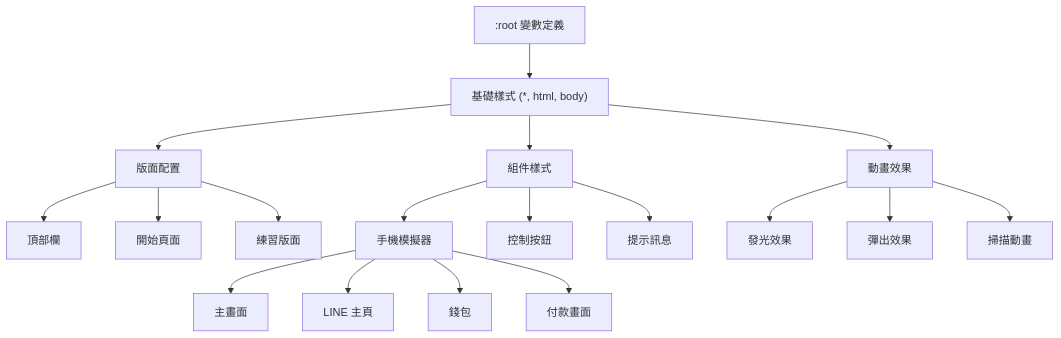
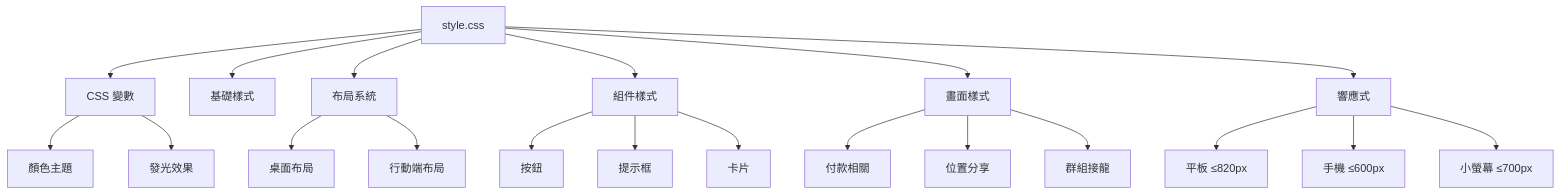
The first of 19 diagrams in style.md (cuteman0725/phone-practice), drawn with Mermaid before and after one commit. The commit also changed other lines of this file and 8 other files, not shown here.

````diff
--- a/style.md
+++ b/style.md
@@ -9,24 +9,27 @@
 ```mermaid
-graph TD
-    Root[":root 變數定義"] --> Base["基礎樣式 (*, html, body)"]
-    Base --> Layout[版面配置]
-    Base --> Components[組件樣式]
-    Base --> Animations[動畫效果]
+graph TB
+    CSS[style.css] --> Vars[CSS 變數]
+    CSS --> Base[基礎樣式]
+    CSS --> Layout[布局系統]
+    CSS --> Components[組件樣式]
+    CSS --> Screens[畫面樣式]
+    CSS --> Responsive[響應式]
     
-    Layout --> TopBar[頂部欄]
-    Layout --> StartPage[開始頁面]
-    Layout --> PracticeLayout[練習版面]
+    Vars --> Colors[顏色主題]
+    Vars --> Glow[發光效果]
     
-    Components --> Phone[手機模擬器]
-    Components --> Controls[控制按鈕]
-    Components --> Toast[提示訊息]
+    Layout --> Desktop[桌面布局]
+    Layout --> Mobile[行動端布局]
     
-    Phone --> HomeScreen[主畫面]
-    Phone --> LineHome[LINE 主頁]
-    Phone --> Wallet[錢包]
-    Phone --> PayScreens[付款畫面]
+    Components --> Buttons[按鈕]
+    Components --> Toast[提示框]
+    Components --> Cards[卡片]
     
-    Animations --> Glow[發光效果]
-    Animations --> Pop[彈出效果]
-    Animations --> Scan[掃描動畫]
+    Screens --> Pay[付款相關]
+    Screens --> Location[位置分享]
+    Screens --> Chain[群組接龍]
+    
+    Responsive --> Media820[平板 ≤820px]
+    Responsive --> Media600[手機 ≤600px]
+    Responsive --> Media700[小螢幕 ≤700px]
 ```
````
